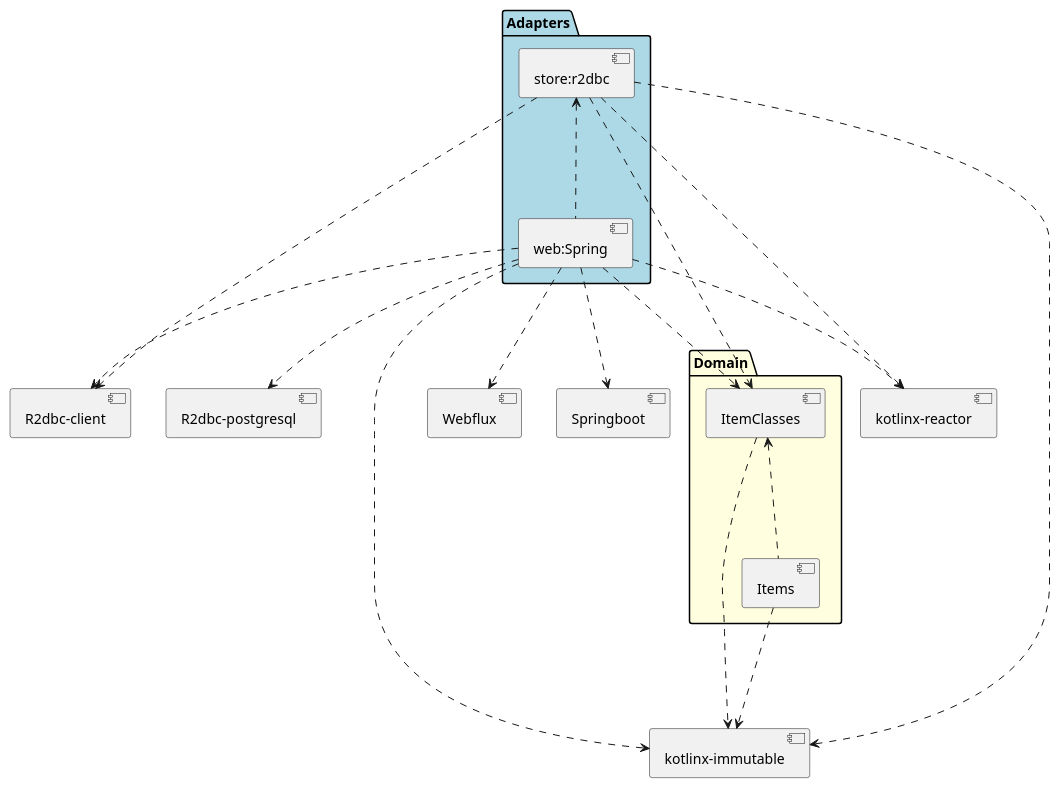
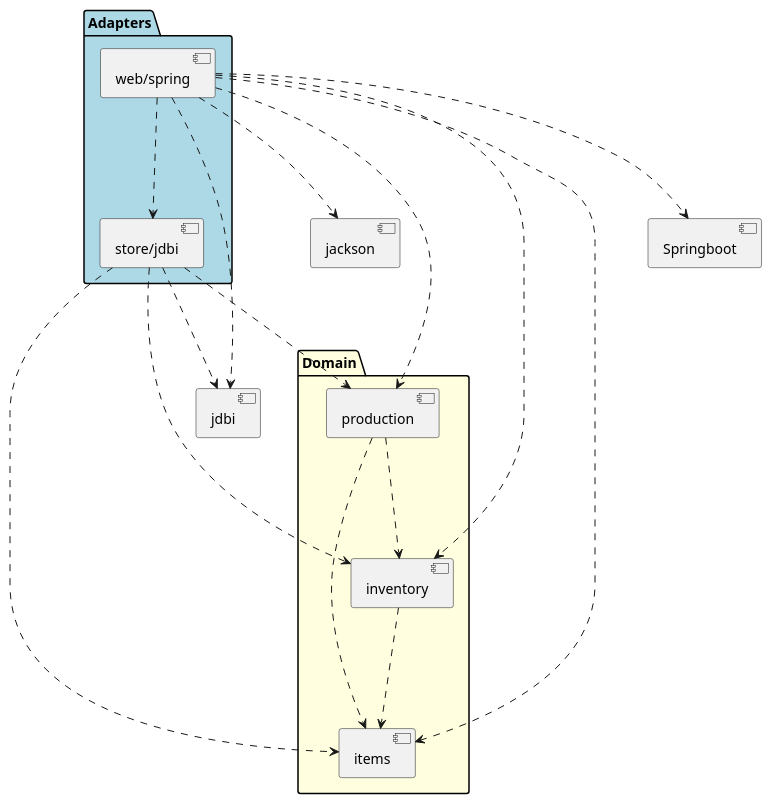
Before and after one commit to maciejmalecki/inventory: the diagram in doc/dia/zerodependency.puml, drawn with PlantUML. The commit also changed 63 other files, not shown here.

First line of the commit message:
Use JDBI for store implementation; implement itemclasses and items.

```diff
--- a/doc/dia/zerodependency.puml
+++ b/doc/dia/zerodependency.puml
@@ -1,36 +1,35 @@
 @startuml
 
-[R2dbc-client] as r2dbc
-[R2dbc-postgresql] as psql
-[kotlinx-immutable] as immutable
-[Webflux]
-[Springboot]
-[kotlinx-reactor] as reactor
+[Springboot] as springboot
+[jdbi]
+[jackson]
 
 package "Domain" #lightyellow {
-    [ItemClasses] <... [Items]
+    [items]
+    [inventory]
+        inventory ...> items
+    [production]
+        production ...> items
+        production ...> inventory
 }
 
+
 package "Adapters" #lightblue {
-    [store:r2dbc] as storer2dbc
-    [web:Spring] as Spring
+    [store/jdbi] as store_jdbi
+        store_jdbi ...> items
+        store_jdbi ...> inventory
+        store_jdbi ...> production
+        store_jdbi ...> jdbi
+
+    [web/spring] as web_spring
+        web_spring ...> items
+        web_spring ...> inventory
+        web_spring ...> production
+        web_spring ...> store_jdbi
+        web_spring ...> springboot
+        web_spring ...> jackson
+        web_spring ...> jdbi
 }
 
-storer2dbc <... Spring
 
-ItemClasses ...> immutable
-Items ...> immutable
-
-storer2dbc ...> ItemClasses
-storer2dbc ...> r2dbc
-storer2dbc ...> immutable
-storer2dbc ...> reactor
-
-Spring ...> ItemClasses
-Spring ...> psql
-Spring ...> r2dbc
-Spring ...> Webflux
-Spring ...> Springboot
-Spring ...> immutable
-Spring ...> reactor
 @enduml
```
